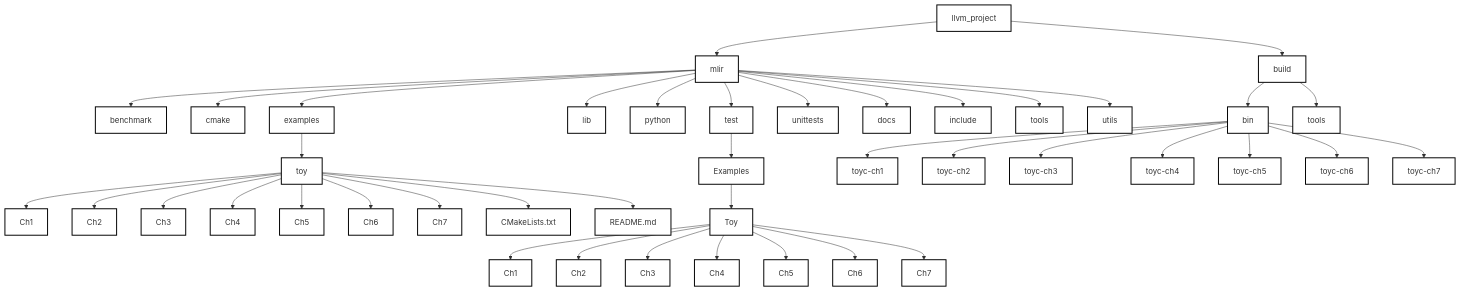
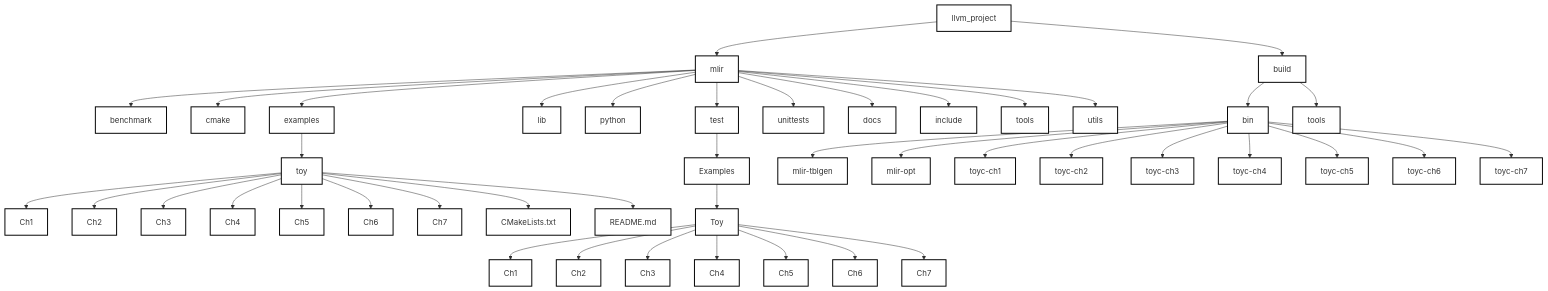
Before and after one commit to Ameya674/mlir_for_beginners: the third of 3 diagrams in Introduction.md, drawn with Mermaid.

```diff
--- a/Introduction.md
+++ b/Introduction.md
@@ -227,6 +227,8 @@
   Toy --> Toy_Ch6
   Toy --> Toy_Ch7
 
+  mlir-tblgen["mlir-tblgen"]
+  mlir-opt["mlir-opt"]
   toyc-ch1["toyc-ch1"]
   toyc-ch2["toyc-ch2"]
   toyc-ch3["toyc-ch3"]
@@ -235,6 +237,8 @@
   toyc-ch6["toyc-ch6"]
   toyc-ch7["toyc-ch7"]
 
+  bin --> mlir-tblgen
+  bin --> mlir-opt
   bin --> toyc-ch1
   bin --> toyc-ch2
   bin --> toyc-ch3
```
